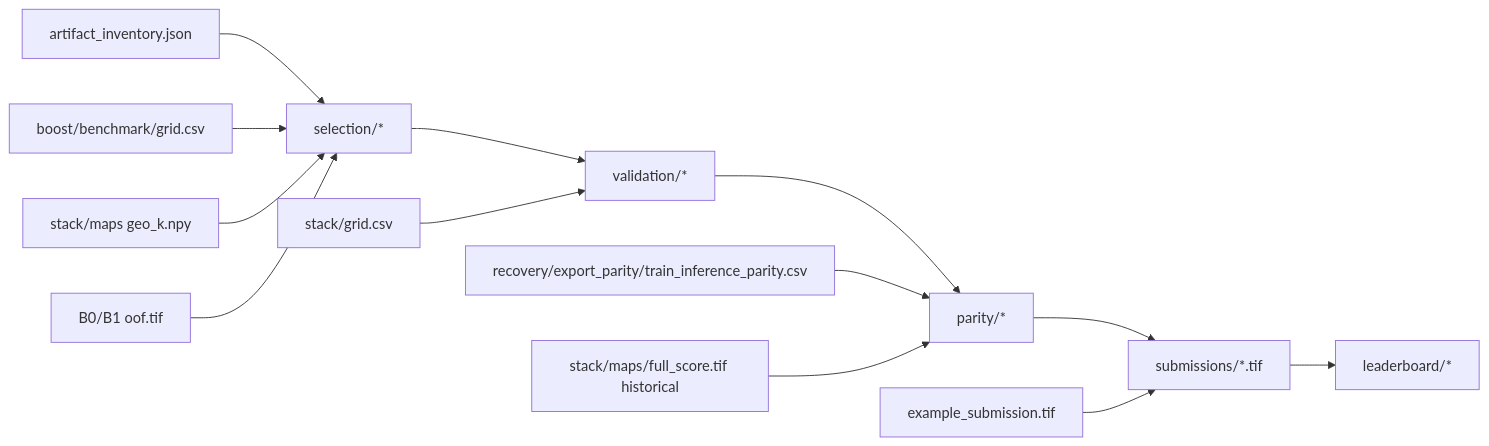
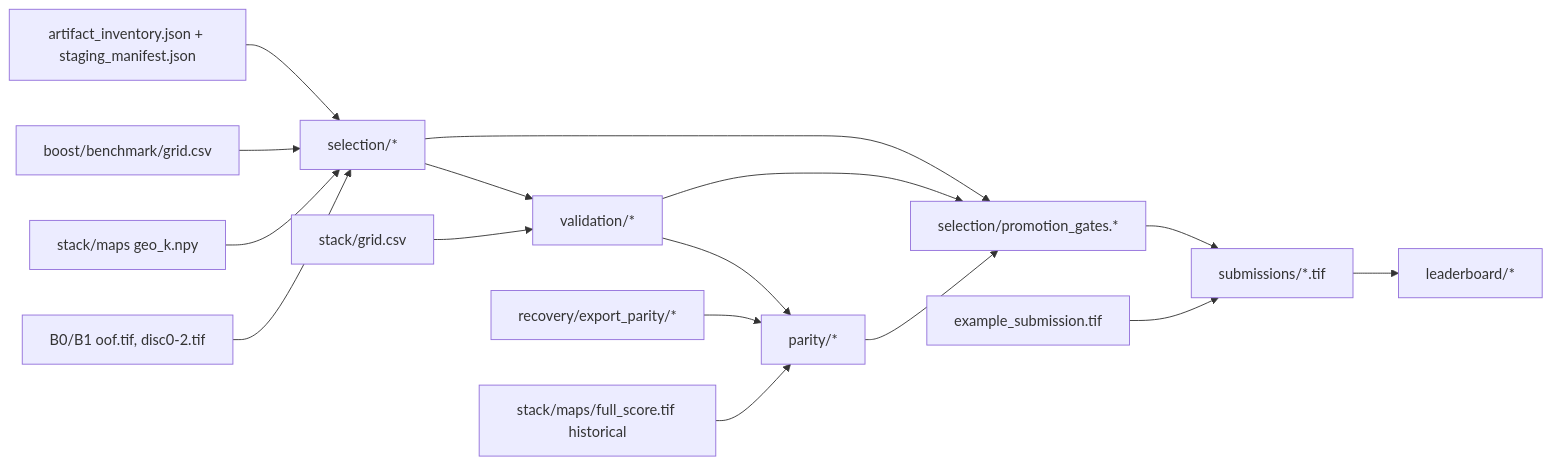
Before and after one commit to mybenkhadda/GEMS---drivendata: the fourth of 4 diagrams in docs/leaderboard_focus/ARCHITECTURE.md, drawn with Mermaid. The commit also changed other lines of this file and 28 other files, not shown here.

````diff
--- a/docs/leaderboard_focus/ARCHITECTURE.md
+++ b/docs/leaderboard_focus/ARCHITECTURE.md
@@ -37,15 +66,18 @@
 ```mermaid
 flowchart LR
-  inv[artifact_inventory.json] --> sel[selection/*]
+  inv[artifact_inventory.json + staging_manifest.json] --> sel[selection/*]
   grid[boost/benchmark/grid.csv] --> sel
   maps[stack/maps geo_k.npy] --> sel
-  oof[B0/B1 oof.tif] --> sel
+  oof[B0/B1 oof.tif, disc0-2.tif] --> sel
   sel --> val[validation/*]
   sgrid[stack/grid.csv] --> val
   val --> par[parity/*]
-  rec[recovery/export_parity/train_inference_parity.csv] --> par
+  rec[recovery/export_parity/*] --> par
   full[stack/maps/full_score.tif historical] --> par
-  par --> sub[submissions/*.tif]
+  sel --> prom[selection/promotion_gates.*]
+  val --> prom
+  par --> prom
+  prom --> sub[submissions/*.tif]
   tpl[example_submission.tif] --> sub
   sub --> lb[leaderboard/*]
 ```
````
